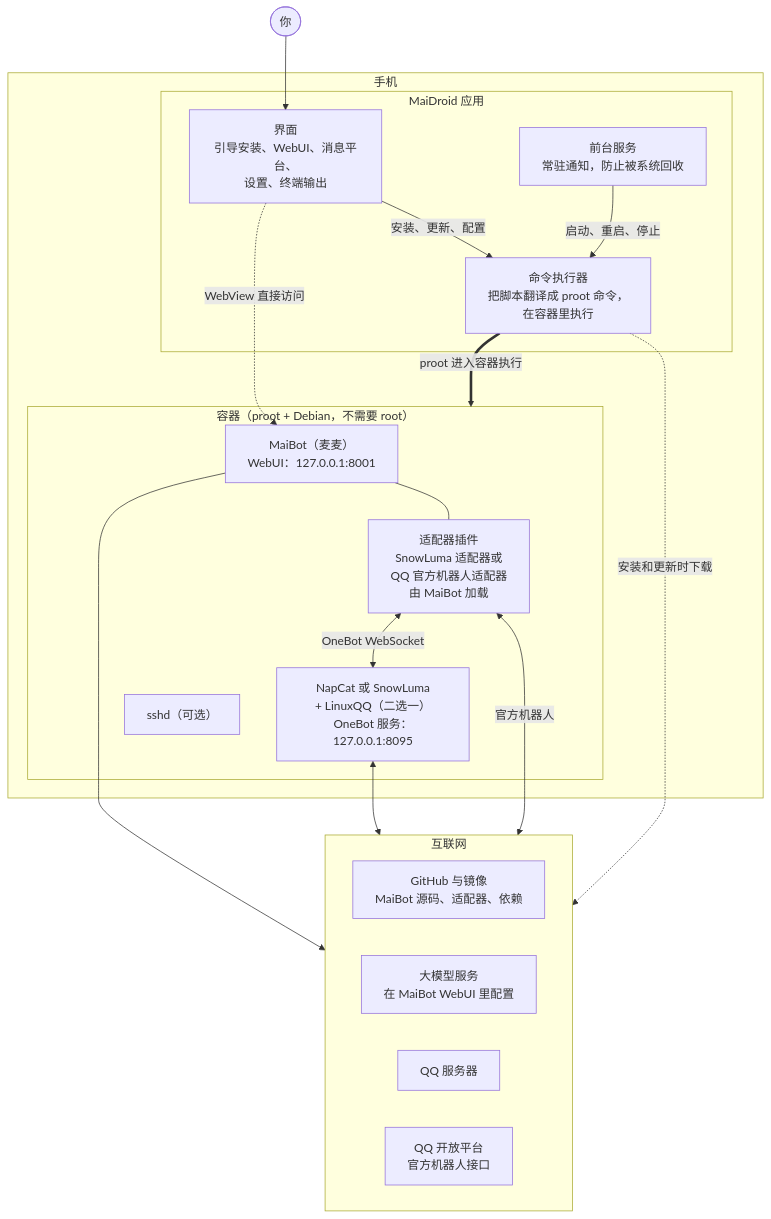
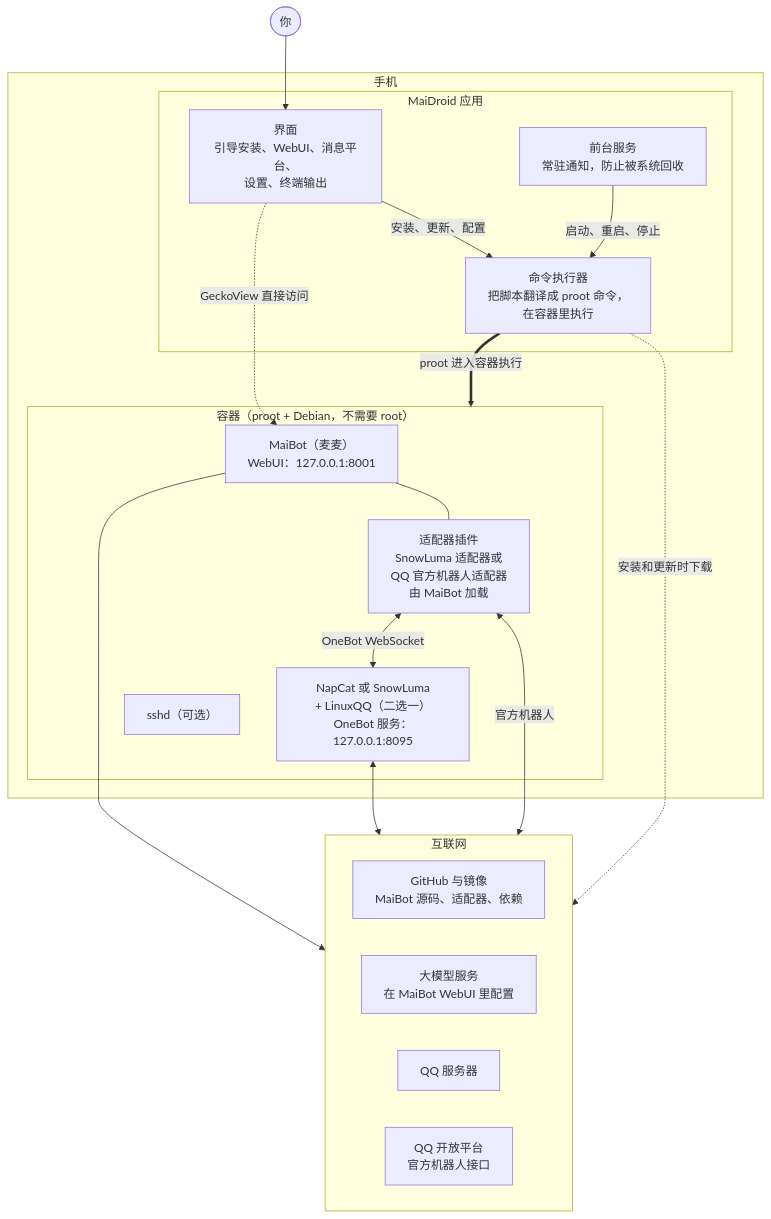
The first of 3 diagrams in README.md (Mai-with-u/MaiDroid), drawn with Mermaid before and after one commit. The commit also changed other lines of this file and 9 other files, not shown here.

First line of the commit message:
test(webui): 更新 GeckoView 桥接协议与契约测试并同步文档

````diff
--- a/README.md
+++ b/README.md
@@ -49,40 +49,40 @@
 ```mermaid
 flowchart TB
     You(["你"])
 
     subgraph Phone["手机"]
         subgraph App["MaiDroid 应用"]
             UI["界面<br/>引导安装、WebUI、消息平台、<br/>设置、终端输出"]
             Svc["前台服务<br/>常驻通知，防止被系统回收"]
             Runner["命令执行器<br/>把脚本翻译成 proot 命令，<br/>在容器里执行"]
         end
 
         subgraph Box["容器（proot + Debian，不需要 root）"]
             MaiBot["MaiBot（麦麦）<br/>WebUI：127.0.0.1:8001"]
             Adapter["适配器插件<br/>SnowLuma 适配器或<br/>QQ 官方机器人适配器<br/>由 MaiBot 加载"]
             NapCat["NapCat 或 SnowLuma<br/>+ LinuxQQ（二选一）<br/>OneBot 服务：127.0.0.1:8095"]
             Sshd["sshd（可选）"]
         end
     end
 
     subgraph Net["互联网"]
         direction LR
         Mirror["GitHub 与镜像<br/>MaiBot 源码、适配器、依赖"]
         LLM["大模型服务<br/>在 MaiBot WebUI 里配置"]
         QQ["QQ 服务器"]
         QQBot["QQ 开放平台<br/>官方机器人接口"]
     end
 
     You --> UI
     UI -->|"安装、更新、配置"| Runner
     Svc -->|"启动、重启、停止"| Runner
     Runner ==>|"proot 进入容器执行"| Box
-    UI -.->|"WebView 直接访问"| MaiBot
+    UI -.->|"GeckoView 直接访问"| MaiBot
 
     MaiBot --- Adapter
     Adapter <-->|"OneBot WebSocket"| NapCat
     MaiBot --> LLM
     NapCat <--> QQ
     Adapter <-->|"官方机器人"| QQBot
     Runner -.->|"安装和更新时下载"| Mirror
 ```
````
